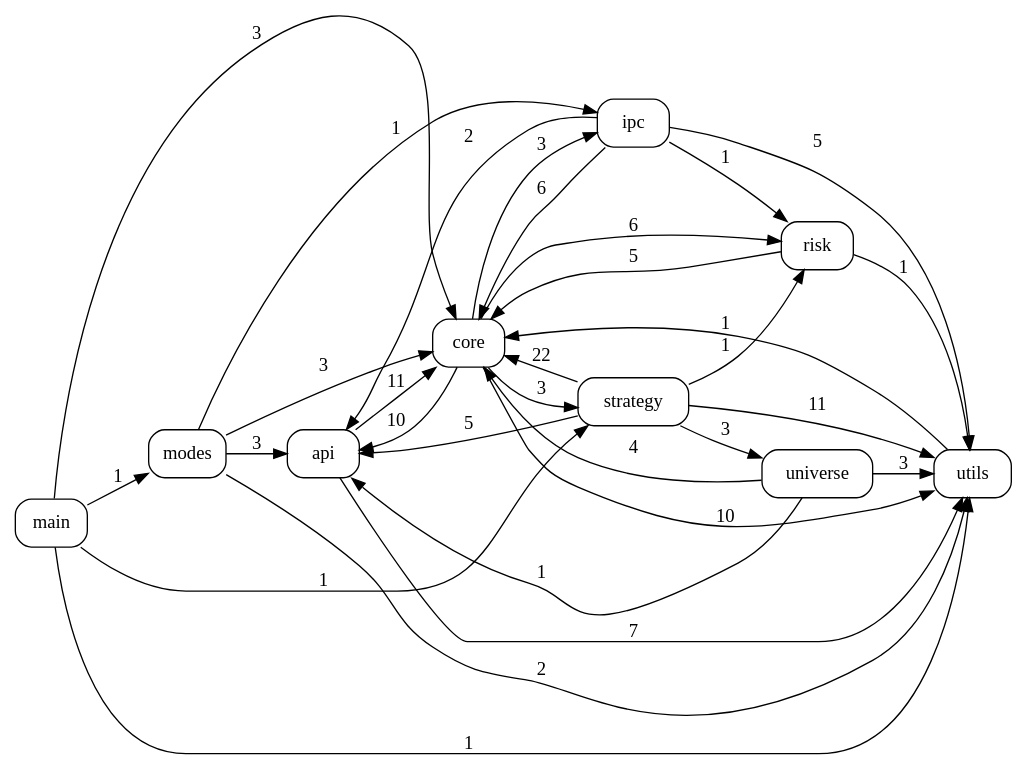
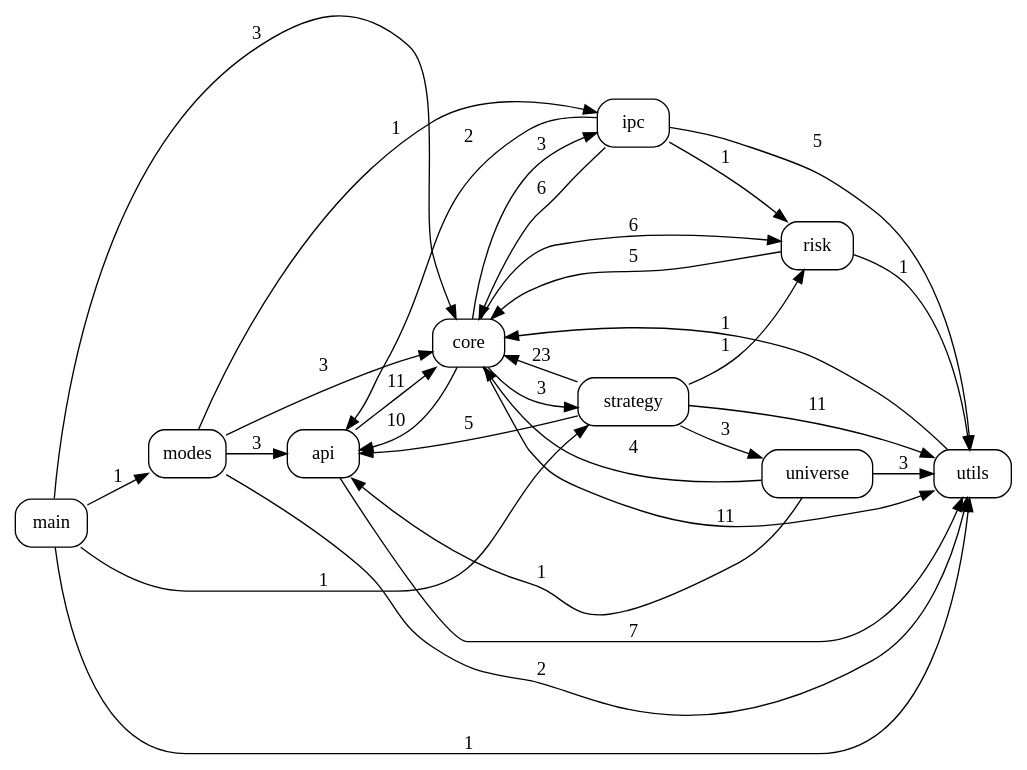
The diagram in docs/code_graph.dot (pypy8171/Quant), drawn with Graphviz before and after one commit. The commit also changed 5 other files, not shown here.

```diff
--- a/docs/code_graph.dot
+++ b/docs/code_graph.dot
@@ -1,43 +1,43 @@
 digraph code_graph {
   rankdir=LR;
   node [shape=box, style=rounded, fontname="Consolas"];
   "api";
   "core";
   "ipc";
   "main";
   "modes";
   "risk";
   "strategy";
   "universe";
   "utils";
   "api" -> "core" [label="11"];
   "api" -> "utils" [label="7"];
   "core" -> "api" [label="10"];
   "core" -> "ipc" [label="3"];
   "core" -> "risk" [label="6"];
   "core" -> "strategy" [label="3"];
-  "core" -> "utils" [label="10"];
+  "core" -> "utils" [label="11"];
   "ipc" -> "api" [label="2"];
   "ipc" -> "core" [label="6"];
   "ipc" -> "risk" [label="1"];
   "ipc" -> "utils" [label="5"];
   "main" -> "core" [label="3"];
   "main" -> "modes" [label="1"];
   "main" -> "strategy" [label="1"];
   "main" -> "utils" [label="1"];
   "modes" -> "api" [label="3"];
   "modes" -> "core" [label="3"];
   "modes" -> "ipc" [label="1"];
   "modes" -> "utils" [label="2"];
   "risk" -> "core" [label="5"];
   "risk" -> "utils" [label="1"];
   "strategy" -> "api" [label="5"];
-  "strategy" -> "core" [label="22"];
+  "strategy" -> "core" [label="23"];
   "strategy" -> "risk" [label="1"];
   "strategy" -> "universe" [label="3"];
   "strategy" -> "utils" [label="11"];
   "universe" -> "api" [label="1"];
   "universe" -> "core" [label="4"];
   "universe" -> "utils" [label="3"];
   "utils" -> "core" [label="1"];
 }
```
